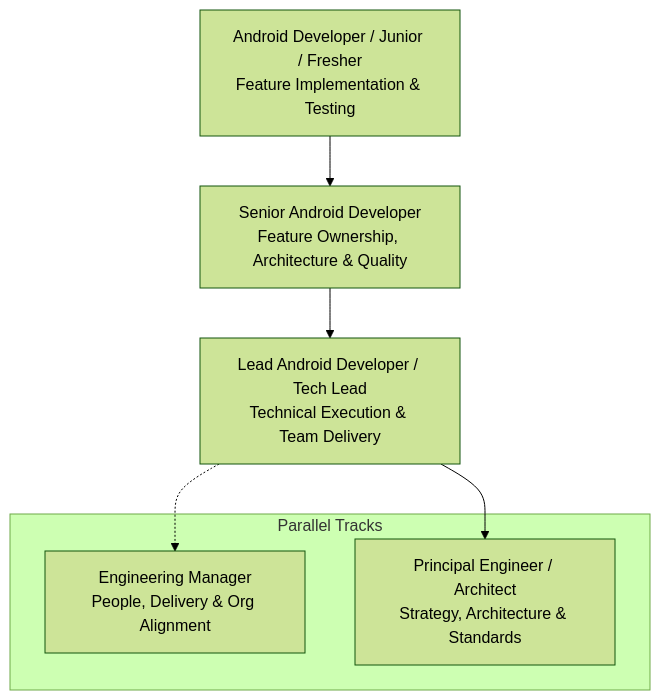
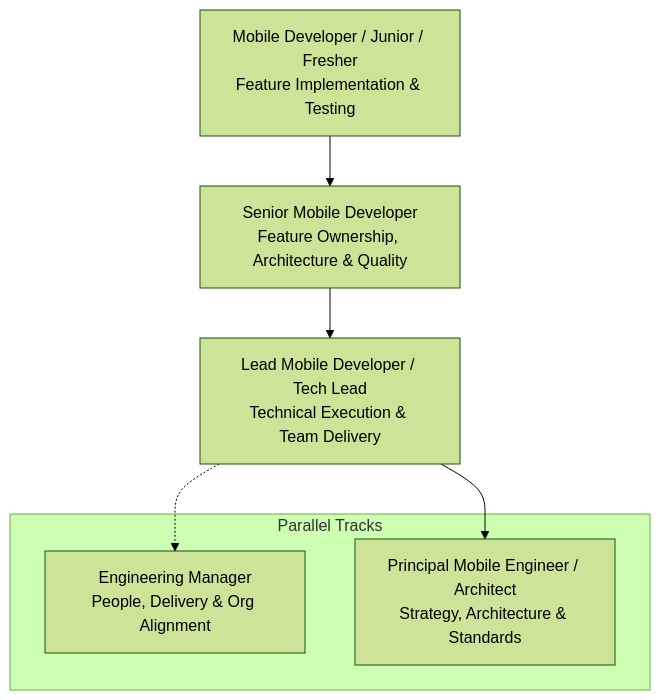
Before and after one commit to vennamprasad/DevCrack-Mobile-Interviews: the first of 2 diagrams in interviews/01_Interview_Master_Framework.md, drawn with Mermaid (forest theme). The commit also changed other lines of this file and 5 other files, not shown here.

Commit message:
feat(interviews): expand multi-platform interview & developer guides (iOS, Flutter, React Native, Android)

````diff
--- a/interviews/01_Interview_Master_Framework.md
+++ b/interviews/01_Interview_Master_Framework.md
@@ -16,16 +29,16 @@
 ```mermaid
 graph TD
     subgraph Parallel Tracks
         L4_EM[Engineering Manager<br/>People, Delivery & Org Alignment]
-        L4_PE[Principal Engineer / Architect<br/>Strategy, Architecture & Standards]
+        L4_PE[Principal Mobile Engineer / Architect<br/>Strategy, Architecture & Standards]
     end
 
-    L3_Lead[Lead Android Developer / Tech Lead<br/>Technical Execution & Team Delivery]
-    L2_Senior[Senior Android Developer<br/>Feature Ownership, Architecture & Quality]
-    L1_Junior[Android Developer / Junior / Fresher<br/>Feature Implementation & Testing]
+    L3_Lead[Lead Mobile Developer / Tech Lead<br/>Technical Execution & Team Delivery]
+    L2_Senior[Senior Mobile Developer<br/>Feature Ownership, Architecture & Quality]
+    L1_Junior[Mobile Developer / Junior / Fresher<br/>Feature Implementation & Testing]
 
     L1_Junior --> L2_Senior
     L2_Senior --> L3_Lead
     L3_Lead --> L4_PE
     L3_Lead -.-> L4_EM
 ```
````
